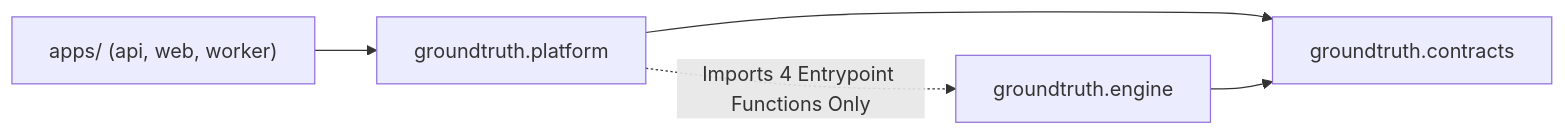
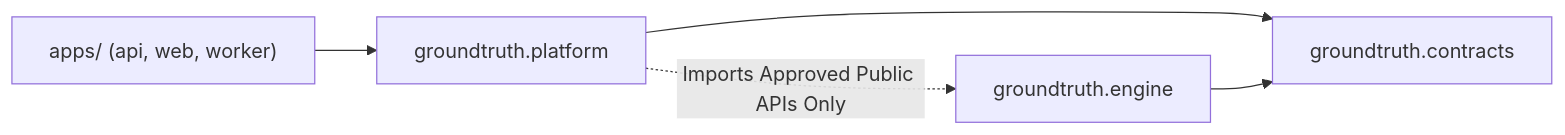
Before and after one commit to Viraj281105/GroundTruth: the third of 6 diagrams in docs/architecture/system.md, drawn with Mermaid. The commit also changed other lines of this file and 71 other files, not shown here.

````diff
--- a/docs/architecture/system.md
+++ b/docs/architecture/system.md
@@ -227,7 +227,7 @@
 ```mermaid
 graph LR
     Apps["apps/ (api, web, worker)"] --> Platform["groundtruth.platform"]
     Platform --> Contracts["groundtruth.contracts"]
     Engine["groundtruth.engine"] --> Contracts
-    Platform -.->|Imports 4 Entrypoint Functions Only| Engine
+    Platform -.->|Imports Approved Public APIs Only| Engine
 ```
````
